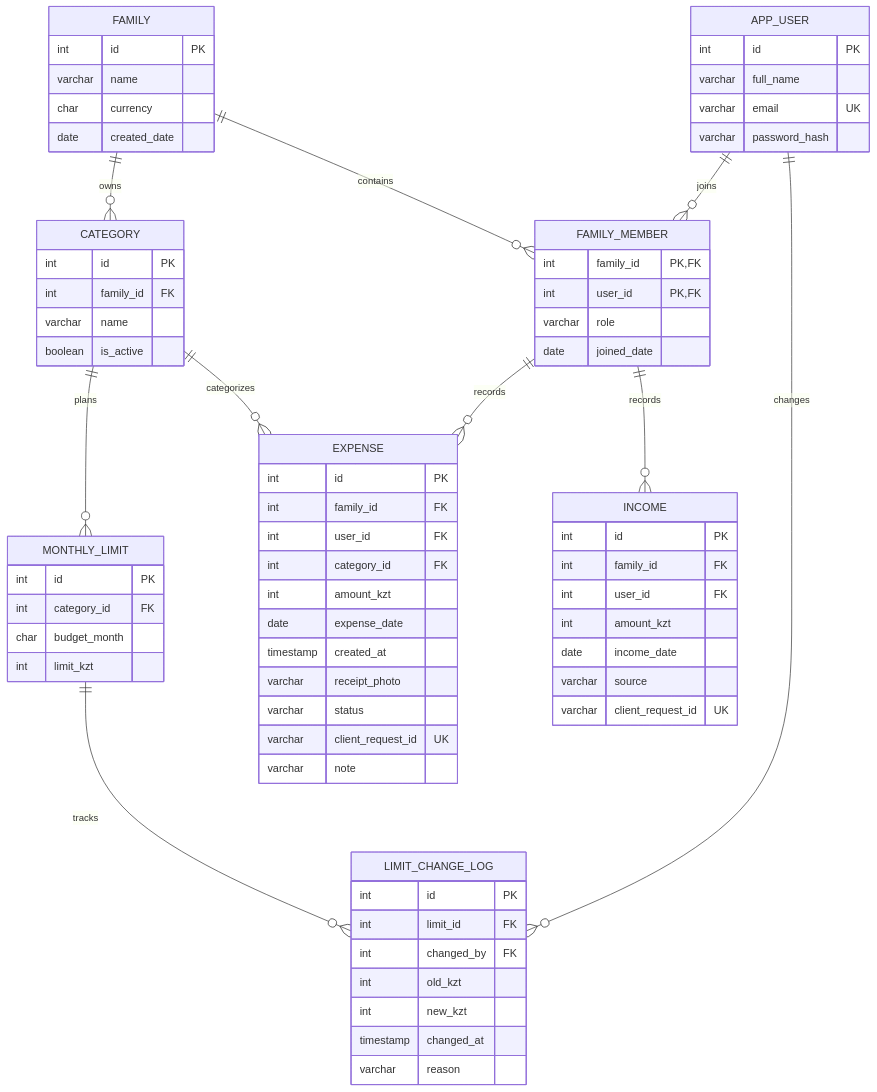
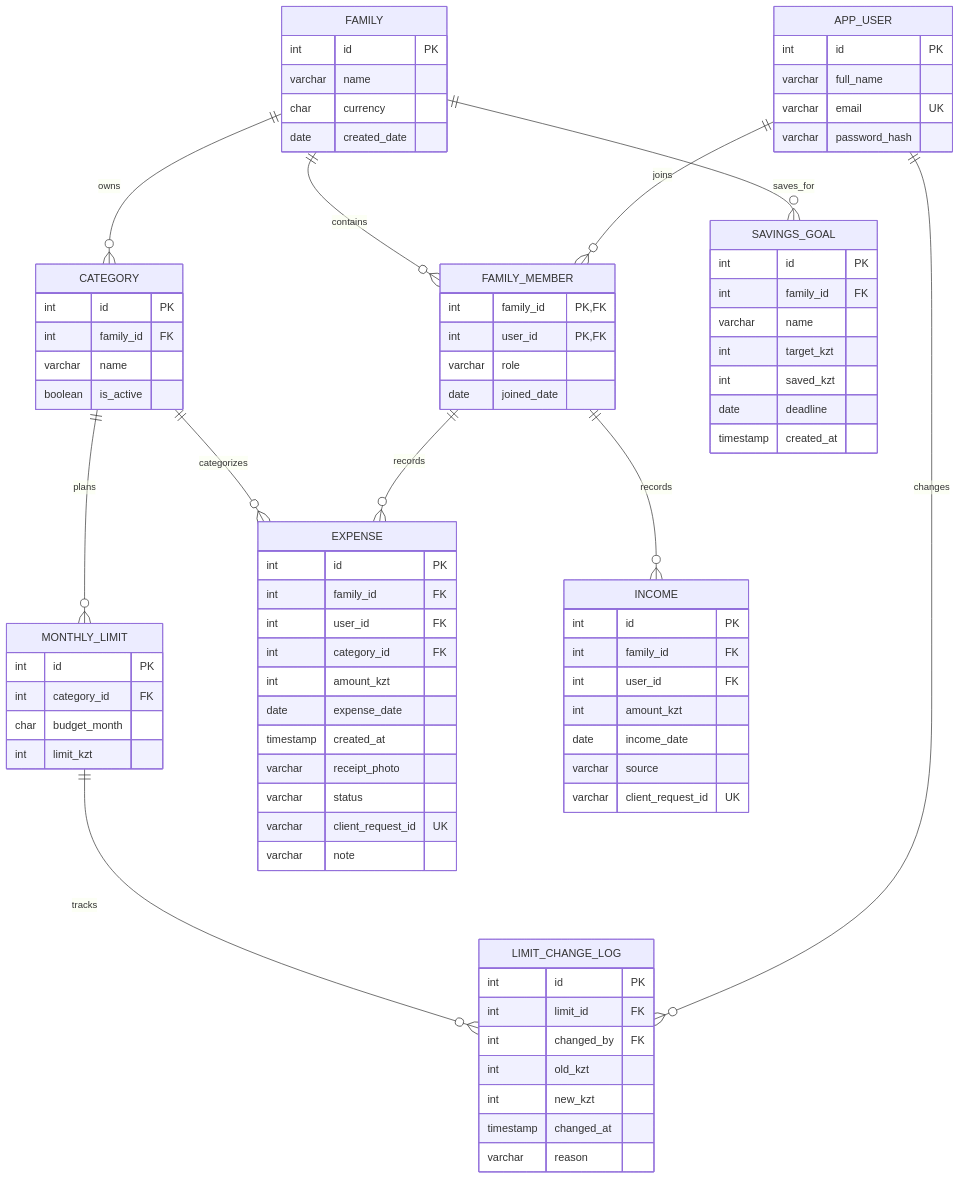
Before and after one commit to atalgatbek/Family-Budget-Tracker: the diagram in docs/schema.md, drawn with Mermaid. The commit also changed other lines of this file and 17 other files, not shown here.

````diff
--- a/docs/schema.md
+++ b/docs/schema.md
@@ -11,6 +11,7 @@
     FAMILY_MEMBER ||--o{ INCOME : records
     MONTHLY_LIMIT ||--o{ LIMIT_CHANGE_LOG : tracks
     APP_USER ||--o{ LIMIT_CHANGE_LOG : changes
+    FAMILY ||--o{ SAVINGS_GOAL : saves_for
     FAMILY {
         int id PK
         varchar name
@@ -72,4 +73,13 @@
         varchar source
         varchar client_request_id UK
     }
+    SAVINGS_GOAL {
+        int id PK
+        int family_id FK
+        varchar name
+        int target_kzt
+        int saved_kzt
+        date deadline
+        timestamp created_at
+    }
 ```
````
